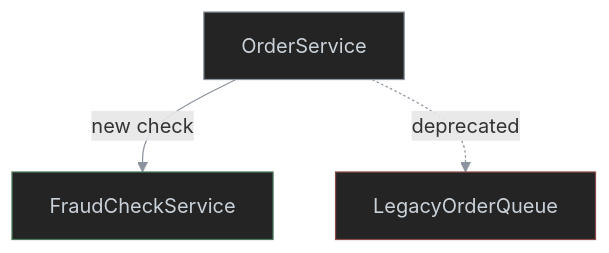
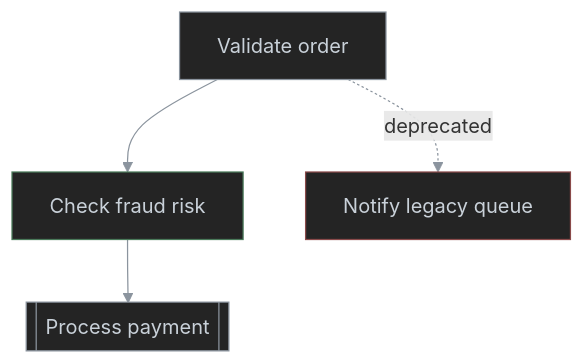
One commit to antshc/brain changed the third of 8 diagrams in plugins/wf/skills/behavior-diagram/README.md. Above: the diagram before and after it, drawn with Mermaid. The commit also changed other lines of this file, not shown here.

Commit message:
Extend behavior diagram examples and prompts

````diff
--- a/plugins/wf/skills/behavior-diagram/README.md
+++ b/plugins/wf/skills/behavior-diagram/README.md
@@ -40,14 +73,15 @@
 ```mermaid
 %%{init: {'themeVariables': {'lineColor': '#8b949e'}}}%%
 flowchart TD
-    Svc["OrderService"]
-    Fraud["FraudCheckService"]:::added
-    Legacy["LegacyOrderQueue"]:::removed
+    validate["Validate order"]
+    fraud["Check fraud risk"]:::added
+    payment[["Process payment"]]
+    legacy["Notify legacy queue"]:::removed
 
-    Svc -- new check --> Fraud
-    Svc -. deprecated .-> Legacy
+    validate --> fraud --> payment
+    validate -. deprecated .-> legacy
 
     classDef default fill:#242424,stroke:#8b949e,color:#c9d1d9,stroke-width:1px
     classDef added stroke:#4a7a5a,stroke-width:1px
     classDef removed stroke:#8a4a4a,stroke-width:1px
 ```
````
